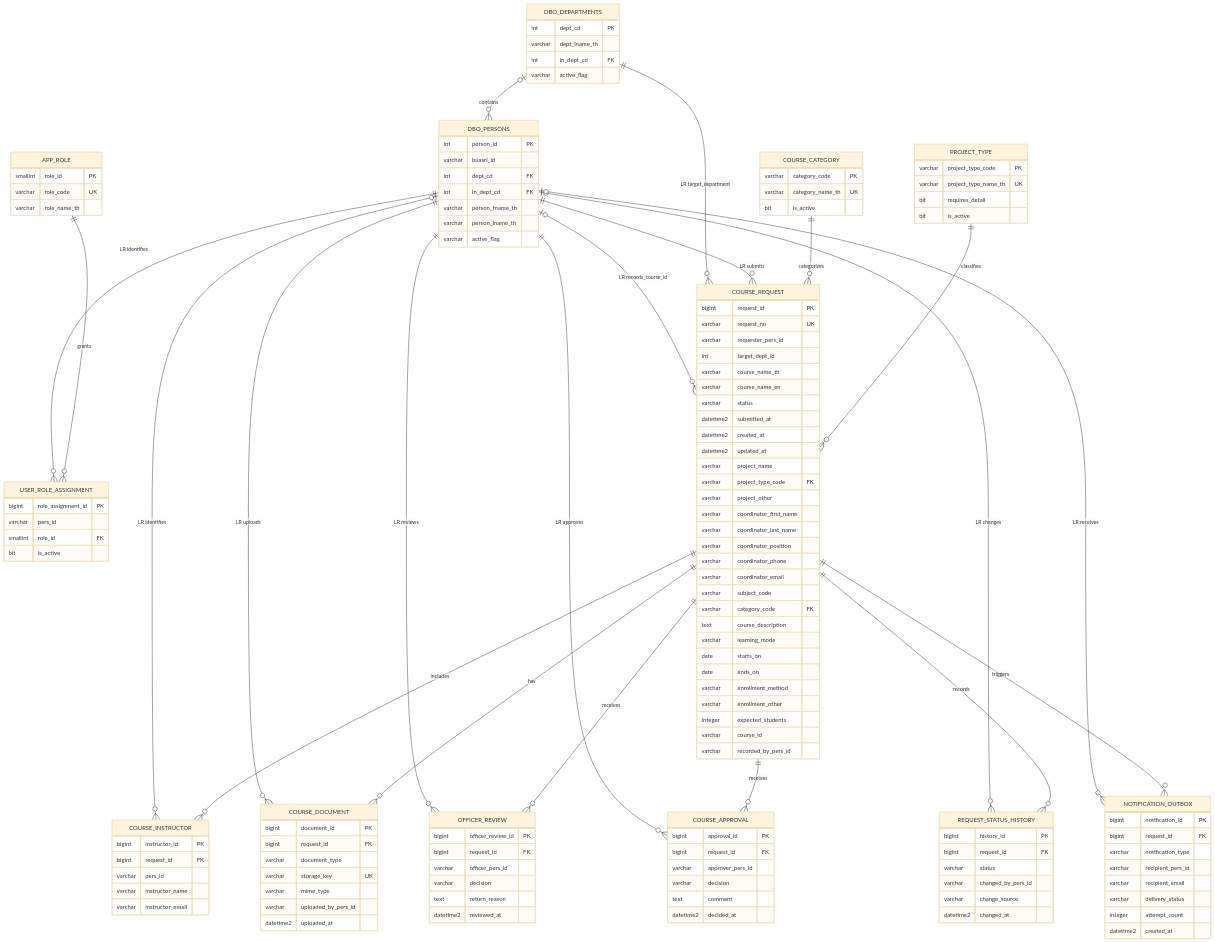
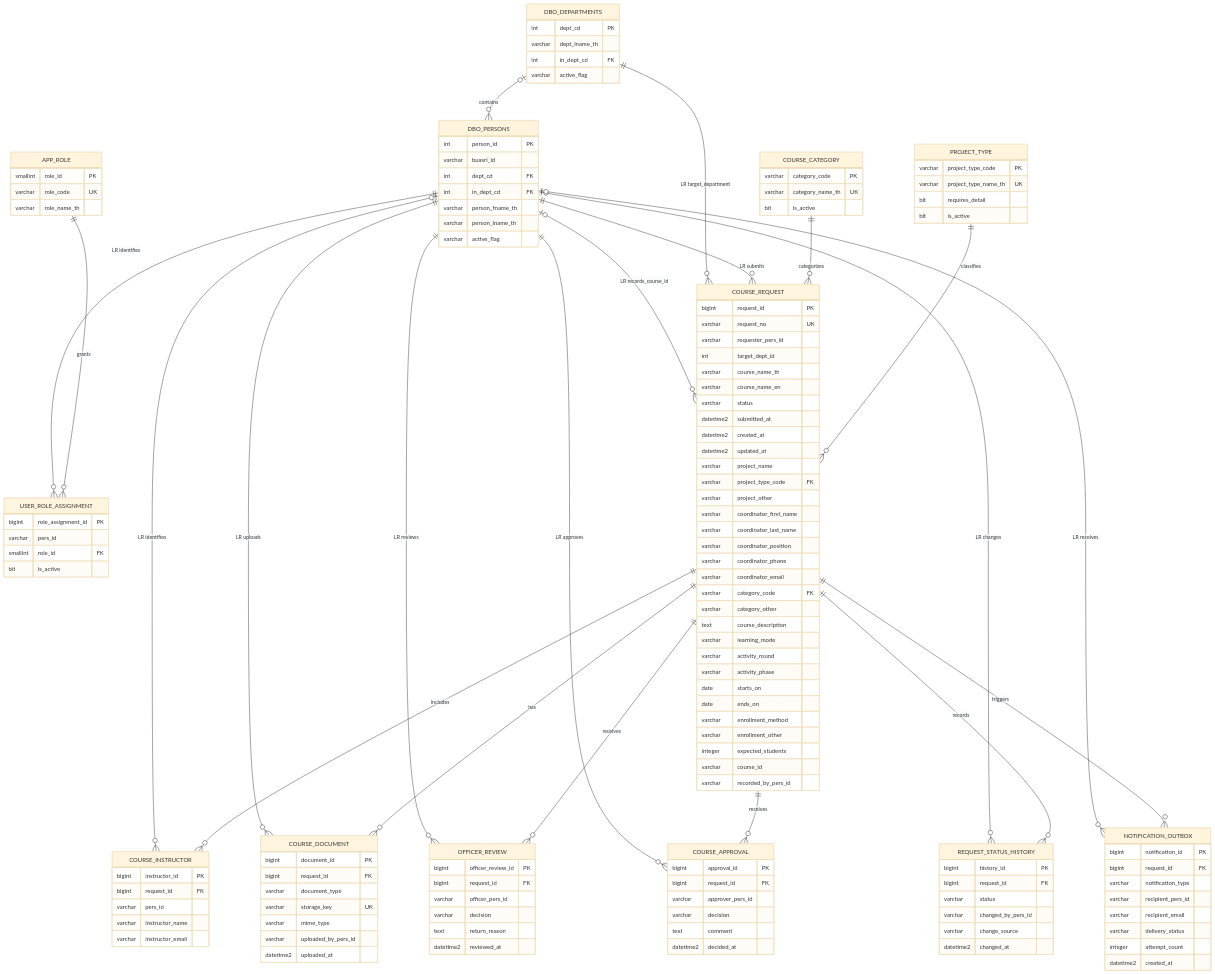
The diagram in database/design/course-request-data-dictionary-th.md (paktii/Form_Moodle_Academy), drawn with Mermaid (base theme) before and after one commit. The commit also changed other lines of this file and 66 other files, not shown here.

```diff
--- a/database/design/course-request-data-dictionary-th.md
+++ b/database/design/course-request-data-dictionary-th.md
@@ -128,10 +128,12 @@
         varchar coordinator_position
         varchar coordinator_phone
         varchar coordinator_email
-        varchar subject_code
         varchar category_code FK
+        varchar category_other
         text course_description
         varchar learning_mode
+        varchar activity_round
+        varchar activity_phase
         date starts_on
         date ends_on
         varchar enrollment_method
```
